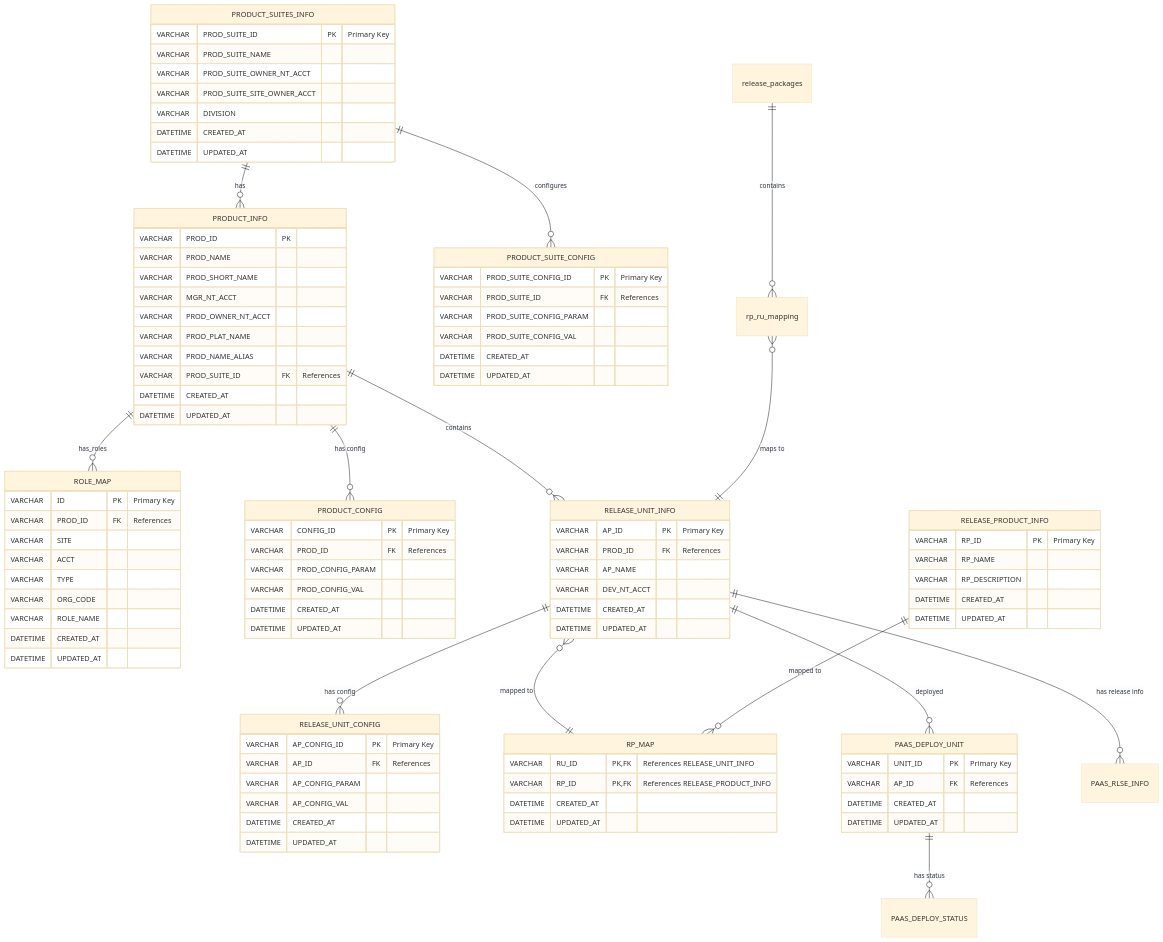
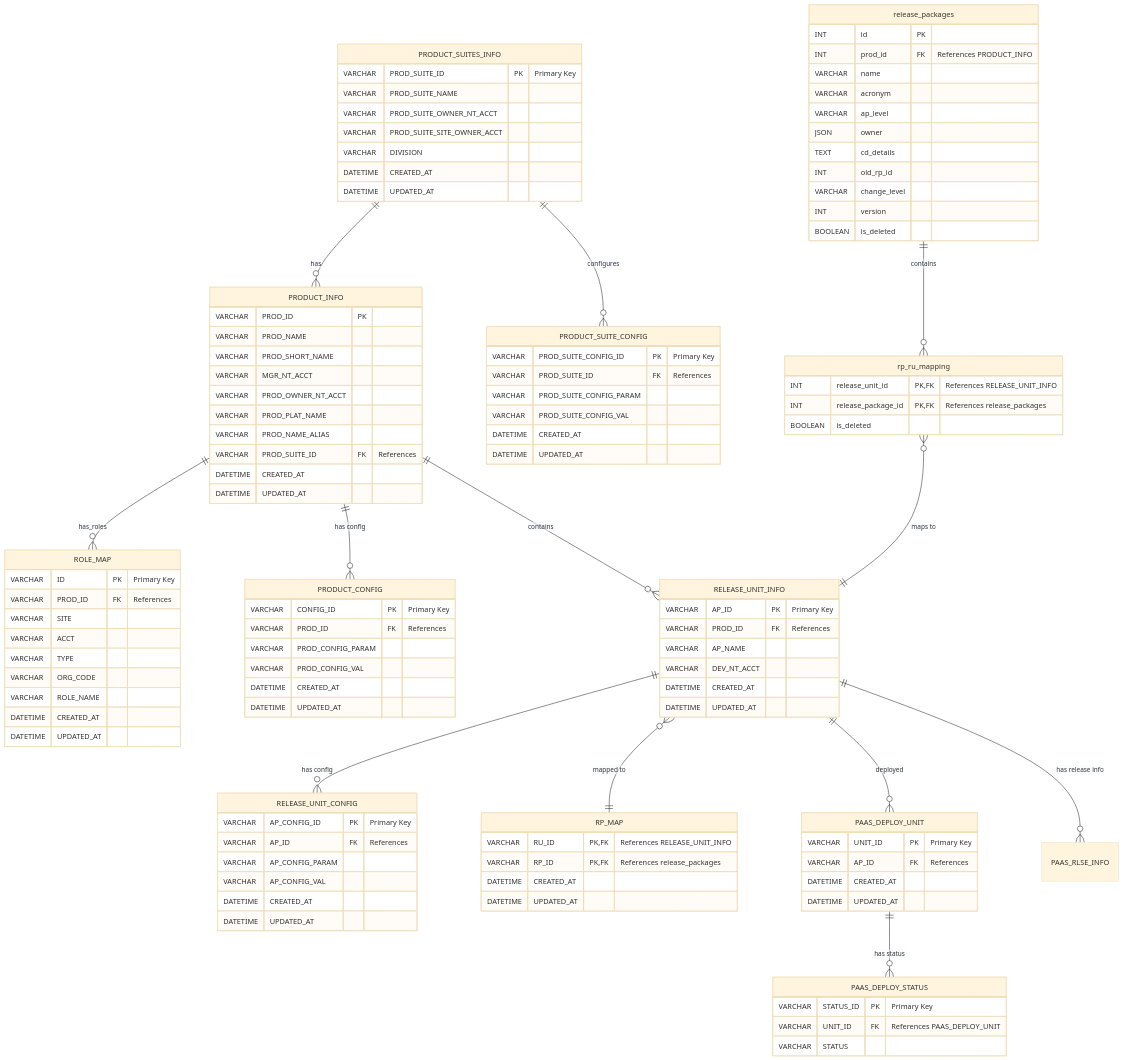
The diagram in docs/erDiagram.mmd (terenzio/DBMigrationPrototype), drawn with Mermaid (base theme) before and after one commit. The commit also changed 7 other files, not shown here.

Commit message:
docs: update documentation to reflect schema changes and optimizations, including removal of release_product_info and adjustments to release_packages

```diff
--- a/docs/erDiagram.mmd
+++ b/docs/erDiagram.mmd
@@ -1,135 +1,154 @@
 erDiagram
 
     %% =============================================
     %% Relationships
     %% =============================================
 
     %% Product Suite relationships
     PRODUCT_SUITES_INFO ||--o{ PRODUCT_INFO : "has"
     PRODUCT_SUITES_INFO ||--o{ PRODUCT_SUITE_CONFIG : "configures"
 
     %% Product relationships
     PRODUCT_INFO ||--o{ ROLE_MAP : "has_roles"
     PRODUCT_INFO ||--o{ PRODUCT_CONFIG : "has config"
     PRODUCT_INFO ||--o{ RELEASE_UNIT_INFO : "contains"
 
     %% Release Unit relationships
     RELEASE_UNIT_INFO ||--o{ RELEASE_UNIT_CONFIG : "has config"
     RELEASE_UNIT_INFO }o--|| RP_MAP : "mapped to"
     RELEASE_UNIT_INFO ||--o{ PAAS_DEPLOY_UNIT : "deployed"
     RELEASE_UNIT_INFO ||--o{ PAAS_RLSE_INFO : "has release info"
 
     %% Release Product and Package relationships
-    RELEASE_PRODUCT_INFO ||--o{ RP_MAP : "mapped to"
     release_packages ||--o{ rp_ru_mapping : "contains"
     rp_ru_mapping }o--|| RELEASE_UNIT_INFO : "maps to"
 
     %% PaaS relationships
     PAAS_DEPLOY_UNIT ||--o{ PAAS_DEPLOY_STATUS : "has status"
 
     %% =============================================
     %% Entity Definitions
     %% =============================================
 
     %% ----- Product Suite Entities -----
 
     PRODUCT_SUITES_INFO {
         VARCHAR PROD_SUITE_ID PK "Primary Key"
         VARCHAR PROD_SUITE_NAME ""
         VARCHAR PROD_SUITE_OWNER_NT_ACCT ""
         VARCHAR PROD_SUITE_SITE_OWNER_ACCT ""
         VARCHAR DIVISION ""
         DATETIME CREATED_AT ""
         DATETIME UPDATED_AT ""
     }
 
     PRODUCT_SUITE_CONFIG {
         VARCHAR PROD_SUITE_CONFIG_ID PK "Primary Key"
         VARCHAR PROD_SUITE_ID FK "References"
         VARCHAR PROD_SUITE_CONFIG_PARAM ""
         VARCHAR PROD_SUITE_CONFIG_VAL ""
         DATETIME CREATED_AT ""
         DATETIME UPDATED_AT ""
     }
 
     %% ----- Product Entities -----
 
     PRODUCT_INFO {
         VARCHAR PROD_ID PK ""
         VARCHAR PROD_NAME ""
         VARCHAR PROD_SHORT_NAME ""
         VARCHAR MGR_NT_ACCT ""
         VARCHAR PROD_OWNER_NT_ACCT ""
         VARCHAR PROD_PLAT_NAME ""
         VARCHAR PROD_NAME_ALIAS ""
         VARCHAR PROD_SUITE_ID FK "References"
         DATETIME CREATED_AT ""
         DATETIME UPDATED_AT ""
     }
 
     PRODUCT_CONFIG {
         VARCHAR CONFIG_ID PK "Primary Key"
         VARCHAR PROD_ID FK "References"
         VARCHAR PROD_CONFIG_PARAM ""
         VARCHAR PROD_CONFIG_VAL ""
         DATETIME CREATED_AT ""
         DATETIME UPDATED_AT ""
     }
 
     ROLE_MAP {
         VARCHAR ID PK "Primary Key"
         VARCHAR PROD_ID FK "References"
         VARCHAR SITE ""
         VARCHAR ACCT ""
         VARCHAR TYPE ""
         VARCHAR ORG_CODE ""
         VARCHAR ROLE_NAME ""
         DATETIME CREATED_AT ""
         DATETIME UPDATED_AT ""
     }
 
     %% ----- Release Unit Entities -----
 
     RELEASE_UNIT_INFO {
         VARCHAR AP_ID PK "Primary Key"
         VARCHAR PROD_ID FK "References"
         VARCHAR AP_NAME ""
         VARCHAR DEV_NT_ACCT ""
         DATETIME CREATED_AT ""
         DATETIME UPDATED_AT ""
     }
 
     RELEASE_UNIT_CONFIG {
         VARCHAR AP_CONFIG_ID PK "Primary Key"
         VARCHAR AP_ID FK "References"
         VARCHAR AP_CONFIG_PARAM ""
         VARCHAR AP_CONFIG_VAL ""
         DATETIME CREATED_AT ""
         DATETIME UPDATED_AT ""
     }
 
-    %% ----- Release Product / Package Entities -----
-
-    RELEASE_PRODUCT_INFO {
-        VARCHAR RP_ID PK "Primary Key"
-        VARCHAR RP_NAME ""
-        VARCHAR RP_DESCRIPTION ""
-        DATETIME CREATED_AT ""
-        DATETIME UPDATED_AT ""
-    }
+    %% ----- Release Product / Package Entities -----   
 
     RP_MAP {
         VARCHAR RU_ID PK,FK "References RELEASE_UNIT_INFO"
-        VARCHAR RP_ID PK,FK "References RELEASE_PRODUCT_INFO"
+        VARCHAR RP_ID PK,FK "References release_packages"
         DATETIME CREATED_AT ""
         DATETIME UPDATED_AT ""
     }
 
     %% ----- PaaS Entities -----
 
     PAAS_DEPLOY_UNIT {
         VARCHAR UNIT_ID PK "Primary Key"
         VARCHAR AP_ID FK "References"
         DATETIME CREATED_AT ""
         DATETIME UPDATED_AT ""
     }
+
+    PAAS_DEPLOY_STATUS {
+        VARCHAR STATUS_ID PK "Primary Key"
+        VARCHAR UNIT_ID FK "References PAAS_DEPLOY_UNIT"
+        VARCHAR STATUS ""
+    }
+    
+    %% ----- RP_RU1 Entities -----
+
+    rp_ru_mapping {
+        INT release_unit_id PK, FK "References RELEASE_UNIT_INFO"
+        INT release_package_id PK, FK "References release_packages"
+        BOOLEAN is_deleted ""
+    }
+
+    release_packages {
+        INT id PK
+        INT prod_id FK "References PRODUCT_INFO"
+        VARCHAR name ""
+        VARCHAR acronym ""
+        VARCHAR ap_level ""
+        JSON owner ""
+        TEXT cd_details ""
+        INT old_rp_id ""
+        VARCHAR change_level ""
+        INT version ""
+        BOOLEAN is_deleted ""
+    }
```
